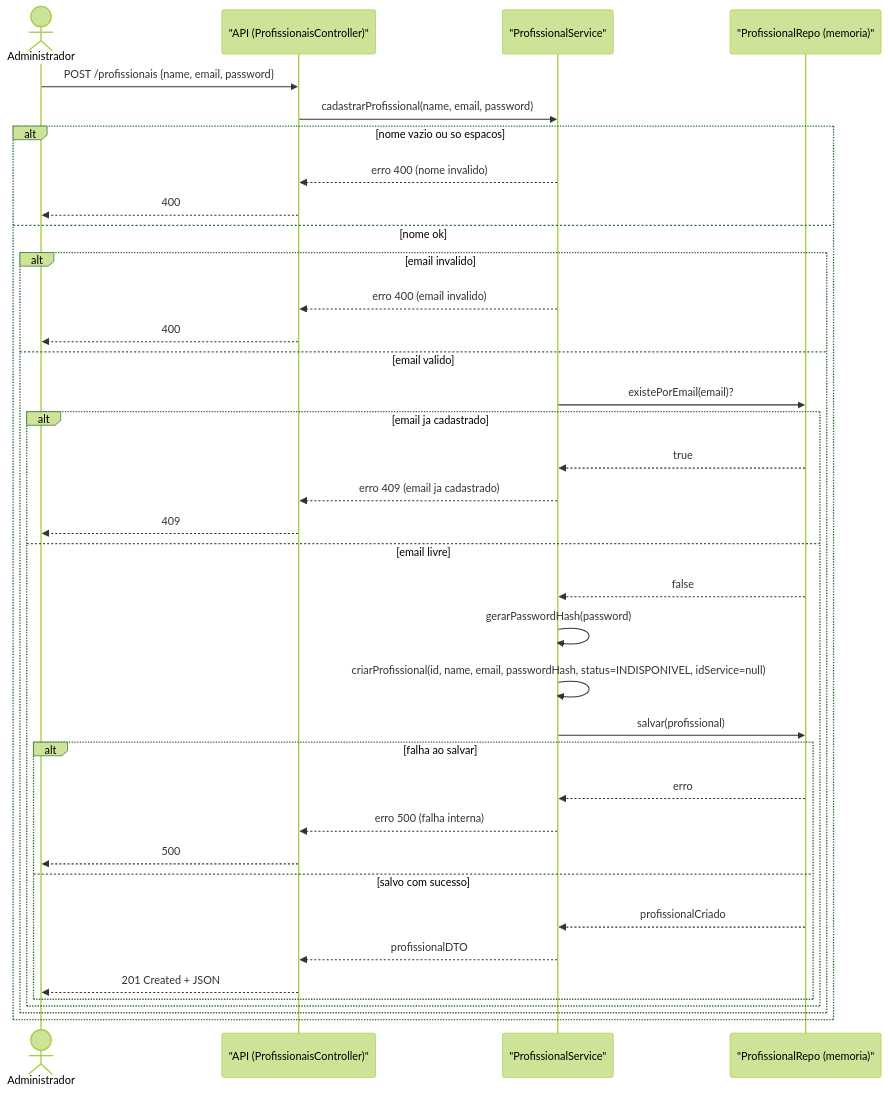
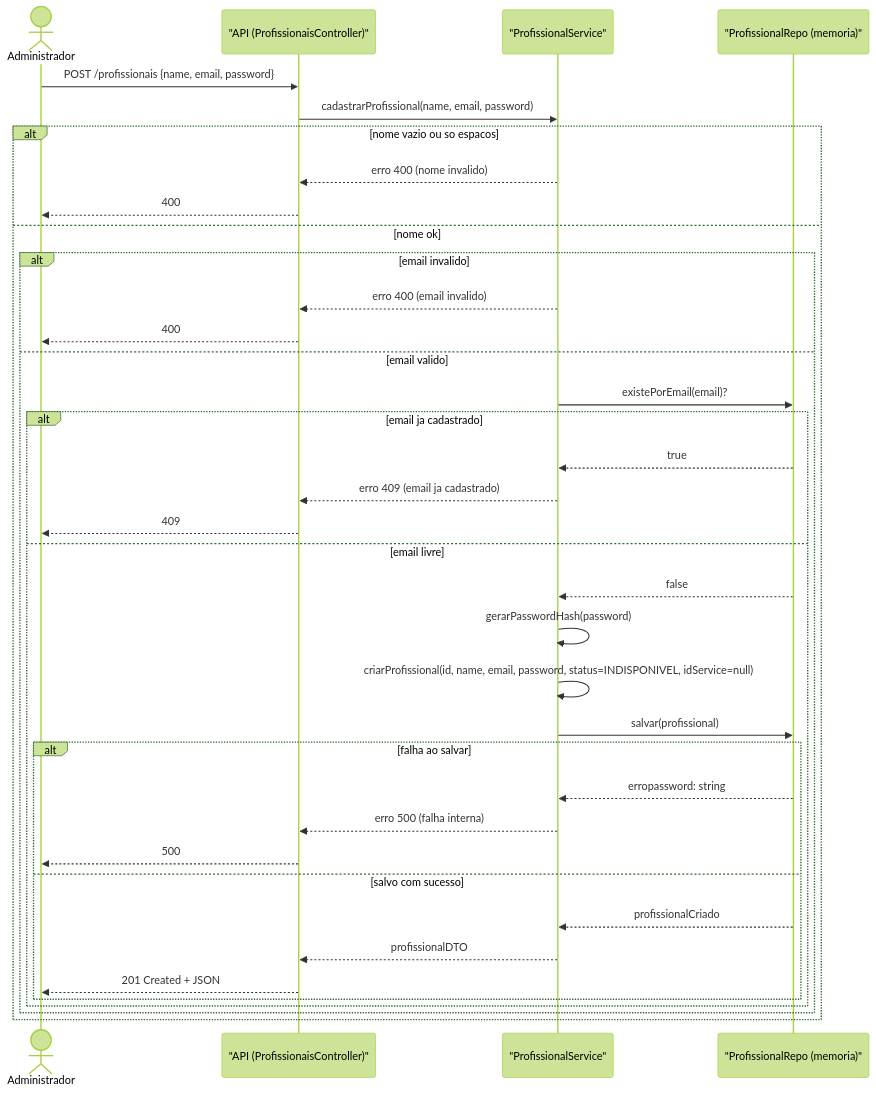
One commit to IsabelaSiqueira1/systemPDI changed the fourth of 11 diagrams in docs/sequence_diagram.md. Above: the diagram before and after it, drawn with Mermaid (forest theme). The commit also changed other lines of this file and 3 other files, not shown here.

Commit message:
atualização dos diagramas e requisitos, incluindo ajustes na persistência de senhas e melhorias na documentação

````diff
--- a/docs/sequence_diagram.md
+++ b/docs/sequence_diagram.md
@@ -331,46 +331,46 @@
 ```mermaid
 
 sequenceDiagram
     actor Admin as Administrador
     participant API as "API (ProfissionaisController)"
     participant SVC as "ProfissionalService"
     participant Repo as "ProfissionalRepo (memoria)"
 
     Admin->>API: POST /profissionais {name, email, password}
     API->>SVC: cadastrarProfissional(name, email, password)
 
     alt nome vazio ou so espacos
         SVC-->>API: erro 400 (nome invalido)
         API-->>Admin: 400
     else nome ok
 
         alt email invalido
             SVC-->>API: erro 400 (email invalido)
             API-->>Admin: 400
         else email valido
 
             SVC->>Repo: existePorEmail(email)?
             alt email ja cadastrado
                 Repo-->>SVC: true
                 SVC-->>API: erro 409 (email ja cadastrado)
                 API-->>Admin: 409
             else email livre
                 Repo-->>SVC: false
 
                 SVC->>SVC: gerarPasswordHash(password)
-                SVC->>SVC: criarProfissional(id, name, email, passwordHash, status=INDISPONIVEL, idService=null)
+                SVC->>SVC: criarProfissional(id, name, email, password, status=INDISPONIVEL, idService=null)
 
                 SVC->>Repo: salvar(profissional)
                 alt falha ao salvar
-                    Repo-->>SVC: erro
+                    Repo-->>SVC: erropassword: string
                     SVC-->>API: erro 500 (falha interna)
                     API-->>Admin: 500
                 else salvo com sucesso
                     Repo-->>SVC: profissionalCriado
                     SVC-->>API: profissionalDTO
                     API-->>Admin: 201 Created + JSON
                 end
             end
         end
     end
 ```
````
